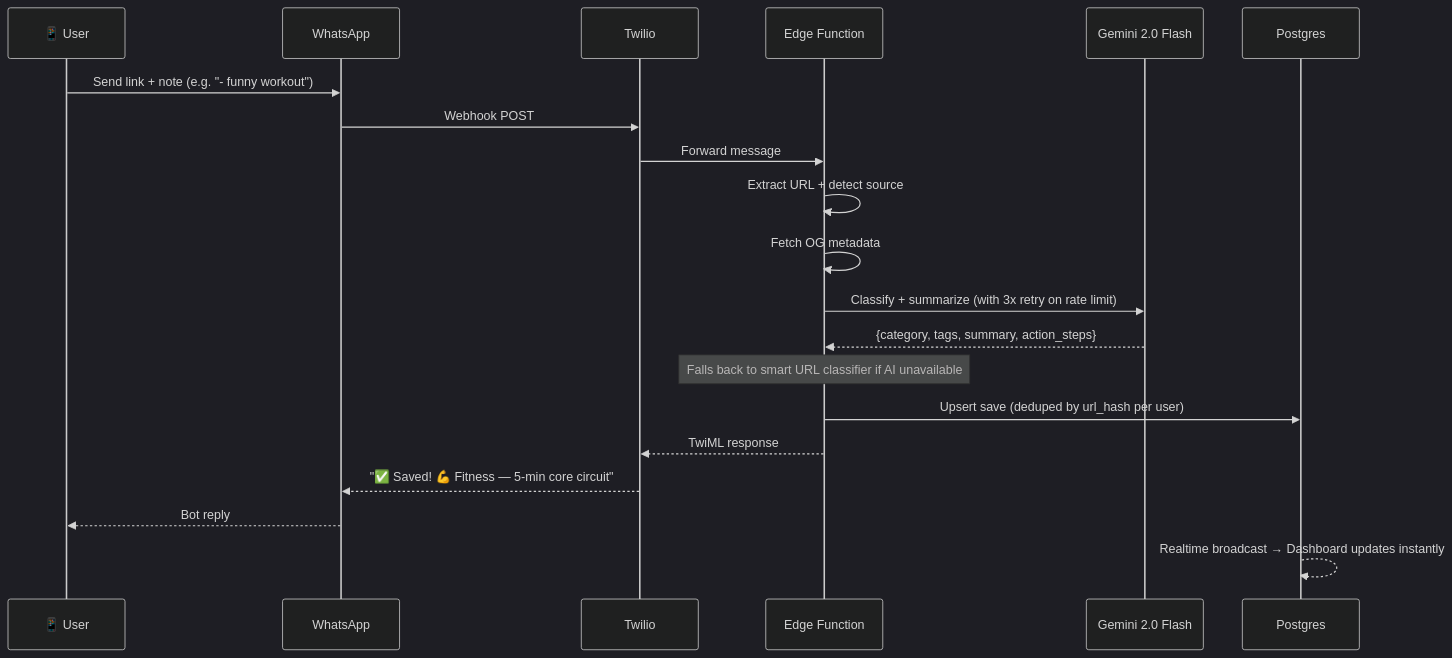
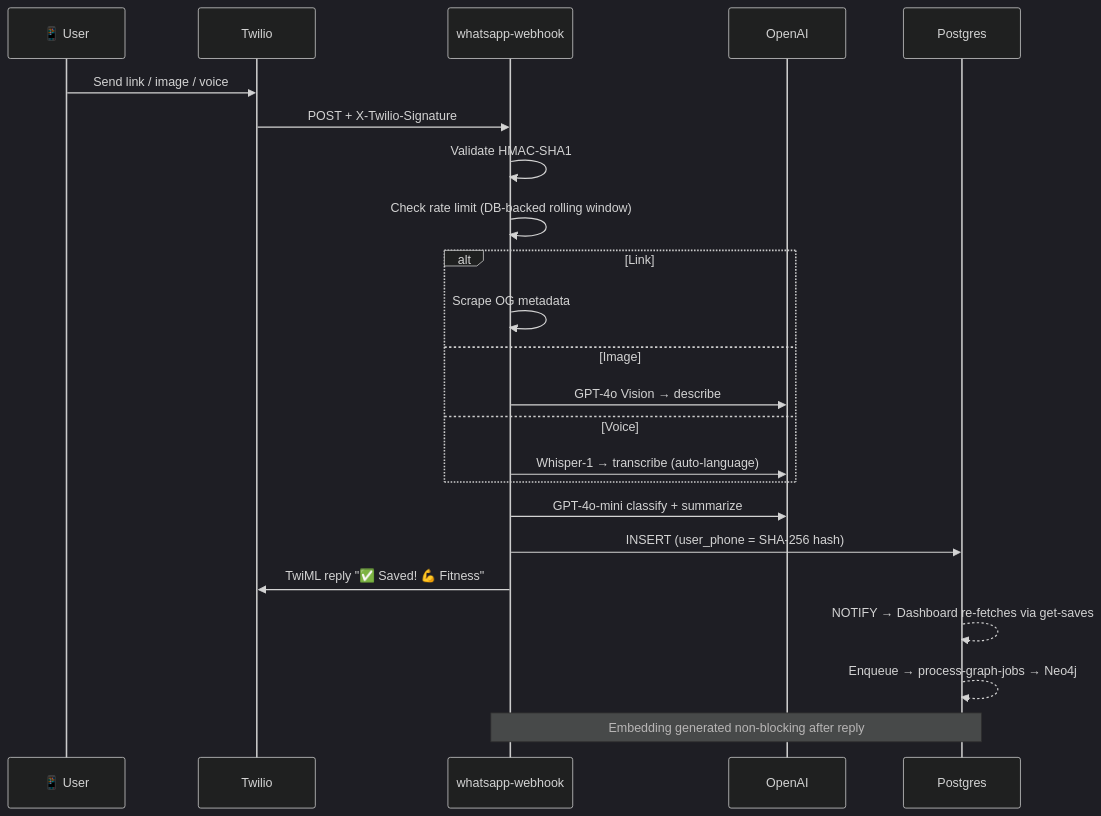
One commit to Aji-25/hack180dc changed the second of 2 diagrams in README.md. Above: the diagram before and after it, drawn with Mermaid (dark theme). The commit also changed other lines of this file and 1 other file, not shown here.

````diff
--- a/README.md
+++ b/README.md
@@ -60,23 +115,26 @@
 ```mermaid
 sequenceDiagram
     participant U as 📱 User
-    participant W as WhatsApp
     participant T as Twilio
-    participant E as Edge Function
-    participant AI as Gemini 2.0 Flash
+    participant E as whatsapp-webhook
+    participant AI as OpenAI
     participant DB as Postgres
 
-    U->>W: Send link + note (e.g. "- funny workout")
-    W->>T: Webhook POST
-    T->>E: Forward message
-    E->>E: Extract URL + detect source
-    E->>E: Fetch OG metadata
-    E->>AI: Classify + summarize (with 3x retry on rate limit)
-    AI-->>E: {category, tags, summary, action_steps}
-    Note over E: Falls back to smart URL classifier if AI unavailable
-    E->>DB: Upsert save (deduped by url_hash per user)
-    E-->>T: TwiML response
-    T-->>W: "✅ Saved! 💪 Fitness — 5-min core circuit"
-    W-->>U: Bot reply
-    DB-->>DB: Realtime broadcast → Dashboard updates instantly
+    U->>T: Send link / image / voice
+    T->>E: POST + X-Twilio-Signature
+    E->>E: Validate HMAC-SHA1
+    E->>E: Check rate limit (DB-backed rolling window)
+    alt Link
+        E->>E: Scrape OG metadata
+    else Image
+        E->>AI: GPT-4o Vision → describe
+    else Voice
+        E->>AI: Whisper-1 → transcribe (auto-language)
+    end
+    E->>AI: GPT-4o-mini classify + summarize
+    E->>DB: INSERT (user_phone = SHA-256 hash)
+    E->>T: TwiML reply "✅ Saved! 💪 Fitness"
+    DB-->>DB: NOTIFY → Dashboard re-fetches via get-saves
+    DB-->>DB: Enqueue → process-graph-jobs → Neo4j
+    Note over E,DB: Embedding generated non-blocking after reply
 ```
````
